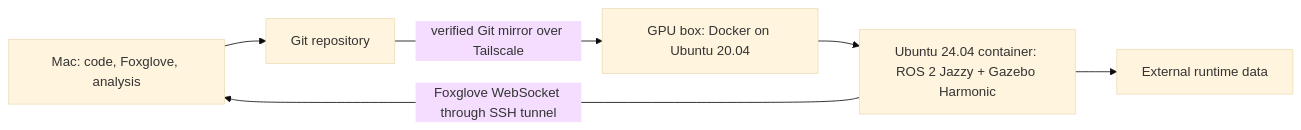
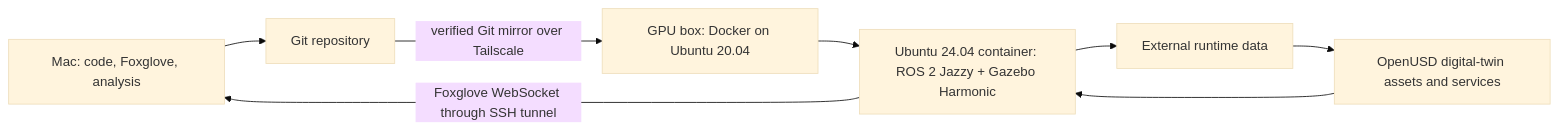
One commit to jalalirs/auv changed the diagram in docs/architecture.md. Above: the diagram before and after it, drawn with Mermaid (base theme). The commit also changed other lines of this file and 19 other files, not shown here.

Commit message:
establish Red Sea digital twin program

````diff
--- a/docs/architecture.md
+++ b/docs/architecture.md
@@ -6,14 +6,17 @@
 ```mermaid
 flowchart LR
     Mac["Mac: code, Foxglove, analysis"]
     Git["Git repository"]
     Box["GPU box: Docker on Ubuntu 20.04"]
     Stack["Ubuntu 24.04 container: ROS 2 Jazzy + Gazebo Harmonic"]
     Data["External runtime data"]
+    Twin["OpenUSD digital-twin assets and services"]
 
     Mac --> Git
     Git -->|"verified Git mirror over Tailscale"| Box
     Box --> Stack
     Stack -->|"Foxglove WebSocket through SSH tunnel"| Mac
     Stack --> Data
+    Data --> Twin
+    Twin --> Stack
 ```
````
